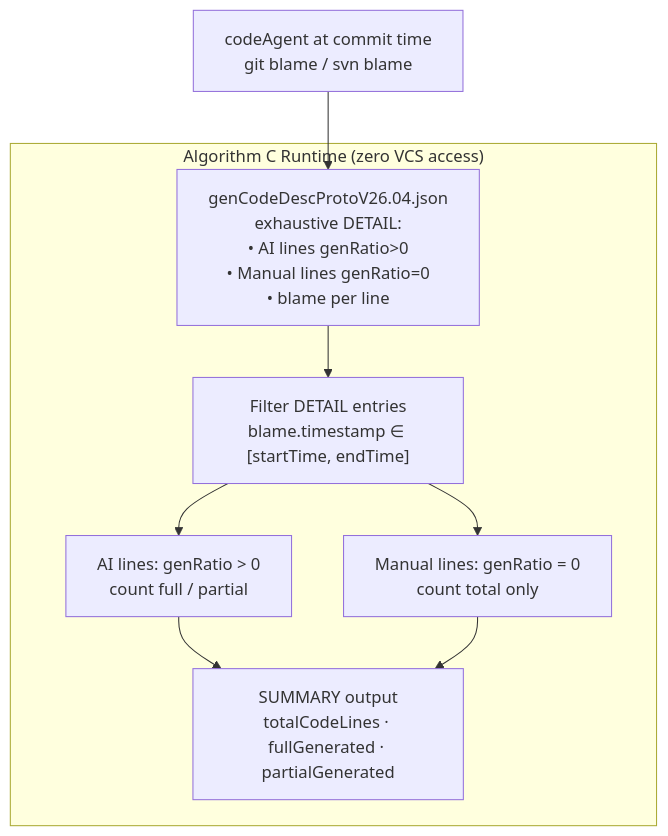
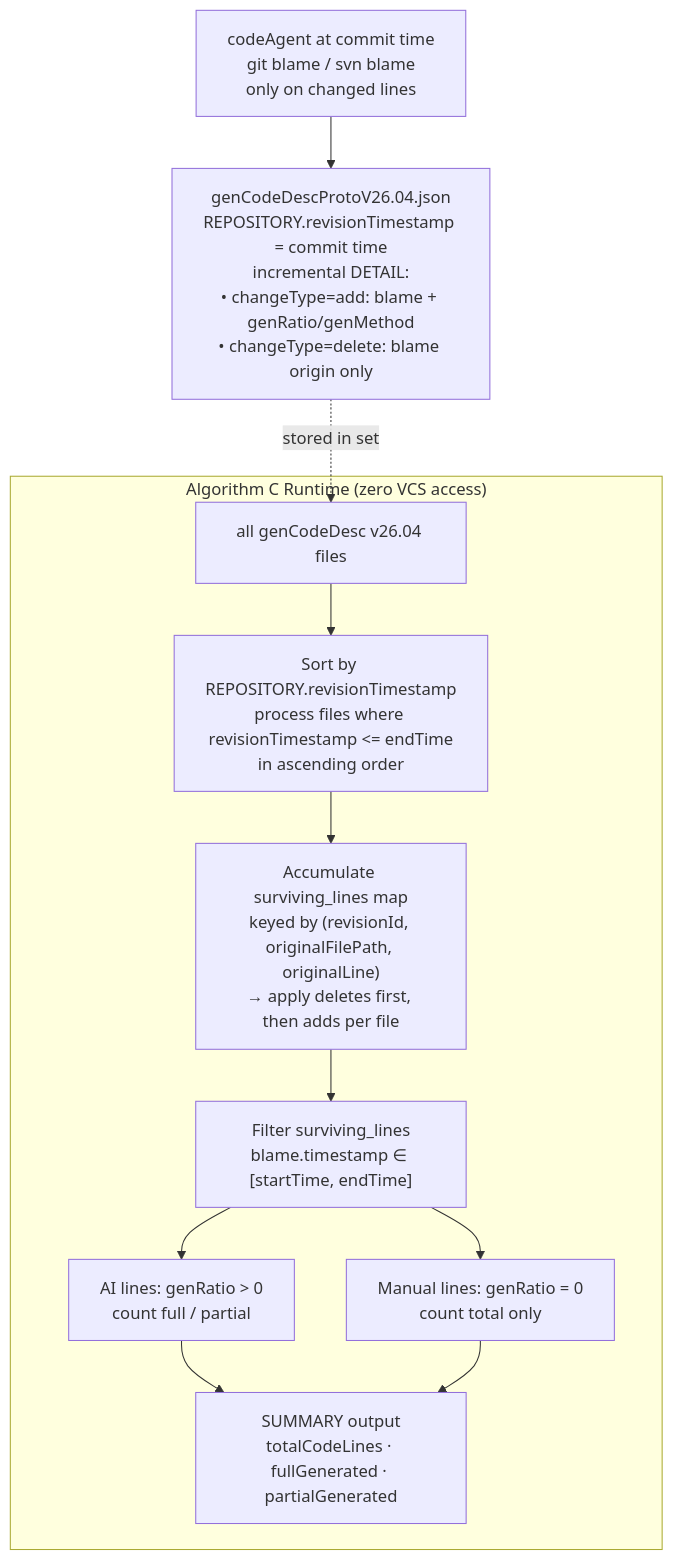
Before and after one commit to EnigmaWU/MyLLM_Arena: the fourth of 6 diagrams in MyStartups/AggregateGenCodeDesc/README_IntroAlgABC.md, drawn with Mermaid. The commit also changed other lines of this file and 2 other files, not shown here.

Commit message:
feat: update README and JSON schema for Algorithm A, B, and C with incremental detail and Chinese translation

````diff
--- a/MyStartups/AggregateGenCodeDesc/README_IntroAlgABC.md
+++ b/MyStartups/AggregateGenCodeDesc/README_IntroAlgABC.md
@@ -168,12 +172,16 @@
 ```mermaid
 flowchart TD
-    W[codeAgent at commit time\ngit blame / svn blame]
-    W --> GCD["genCodeDescProtoV26.04.json\nexhaustive DETAIL:\n• AI lines genRatio>0\n• Manual lines genRatio=0\n• blame per line"]
+    W[codeAgent at commit time\ngit blame / svn blame\nonly on changed lines]
+    W --> GCD["genCodeDescProtoV26.04.json\nREPOSITORY.revisionTimestamp = commit time\nincremental DETAIL:\n• changeType=add: blame + genRatio/genMethod\n• changeType=delete: blame origin only"]
 
     subgraph Runtime["Algorithm C Runtime (zero VCS access)"]
-        GCD --> F["Filter DETAIL entries\nblame.timestamp ∈ [startTime, endTime]"]
+        SET["all genCodeDesc v26.04 files"] --> SORT["Sort by REPOSITORY.revisionTimestamp\nprocess files where revisionTimestamp <= endTime\nin ascending order"]
+        SORT --> ACC["Accumulate surviving_lines map\nkeyed by (revisionId, originalFilePath, originalLine)\n→ apply deletes first, then adds per file"]
+        ACC --> F["Filter surviving_lines\nblame.timestamp ∈ [startTime, endTime]"]
         F --> AI[AI lines: genRatio > 0\ncount full / partial]
         F --> HU[Manual lines: genRatio = 0\ncount total only]
         AI & HU --> O[SUMMARY output\ntotalCodeLines · fullGenerated · partialGenerated]
     end
+
+    GCD -.->|"stored in set"| SET
 ```
````
